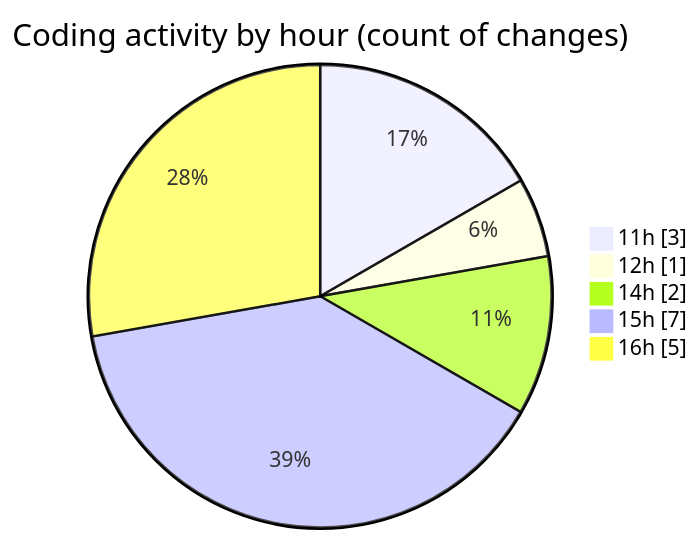
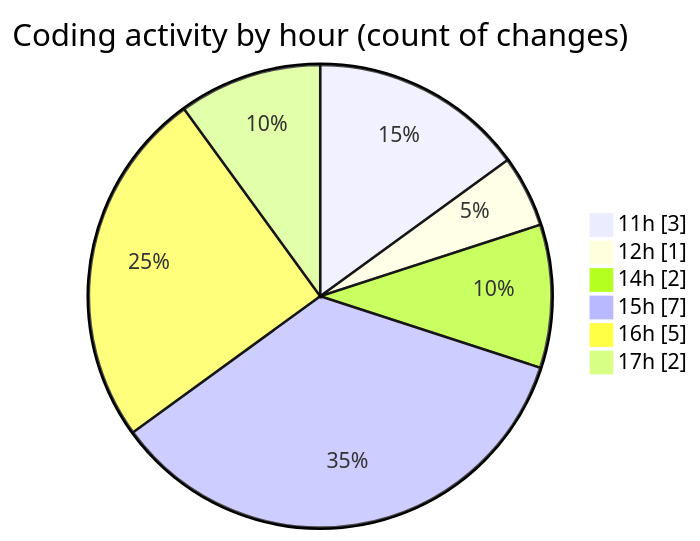
The second of 2 diagrams in 2025-09-25/plugins/README.md (debugP/code-tracking), drawn with Mermaid before and after one commit. The commit also changed other lines of this file and 1 other file, not shown here.

````diff
--- a/2025-09-25/plugins/README.md
+++ b/2025-09-25/plugins/README.md
@@ -28,9 +28,10 @@
 ```mermaid
 pie showData
 title Coding activity by hour (count of changes)
 "11h" : 3
 "12h" : 1
 "14h" : 2
 "15h" : 7
 "16h" : 5
+"17h" : 2
 ```
````
